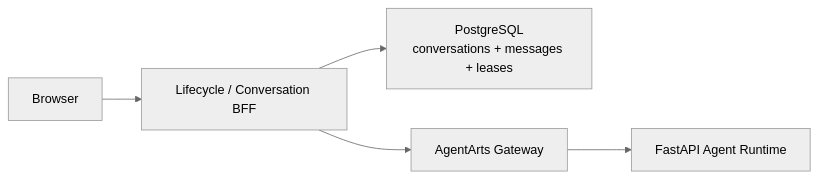
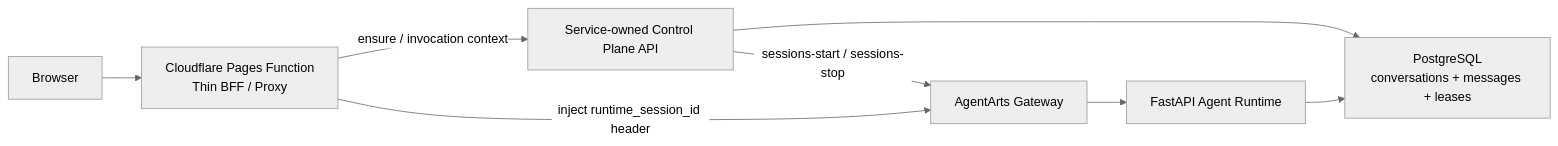
Before and after one commit to T-1009/personal-assistant: the first of 4 diagrams in personal-assistant-meta/issues/features/feature-14-multi-session-runtime-prewarm/plan.md, drawn with Mermaid (neutral theme). The commit also changed other lines of this file and 2 other files, not shown here.

First line of the commit message:
docs: refactor feature-14 architecture to introduce Service-owned Control Plane and Thin BFF boundaries

````diff
--- a/personal-assistant-meta/issues/features/feature-14-multi-session-runtime-prewarm/plan.md
+++ b/personal-assistant-meta/issues/features/feature-14-multi-session-runtime-prewarm/plan.md
@@ -44,7 +50,10 @@
 ```mermaid
 flowchart LR
-    Browser["Browser"] --> BFF["Lifecycle / Conversation BFF"]
-    BFF --> DB["PostgreSQL<br/>conversations + messages + leases"]
-    BFF --> Gateway["AgentArts Gateway"]
+    Browser["Browser"] --> BFF["Cloudflare Pages Function<br/>Thin BFF / Proxy"]
+    BFF -->|"ensure / invocation context"| CP["Service-owned Control Plane API"]
+    CP --> DB["PostgreSQL<br/>conversations + messages + leases"]
+    CP -->|"sessions-start / sessions-stop"| Gateway["AgentArts Gateway"]
+    BFF -->|"inject runtime_session_id header"| Gateway
     Gateway --> Runtime["FastAPI Agent Runtime"]
+    Runtime --> DB
 ```
````
